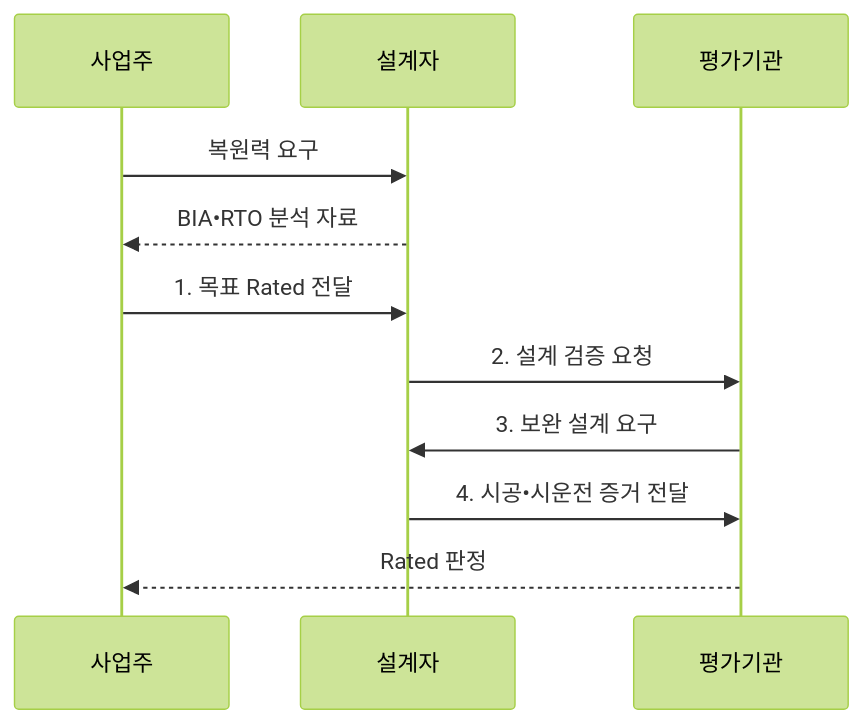
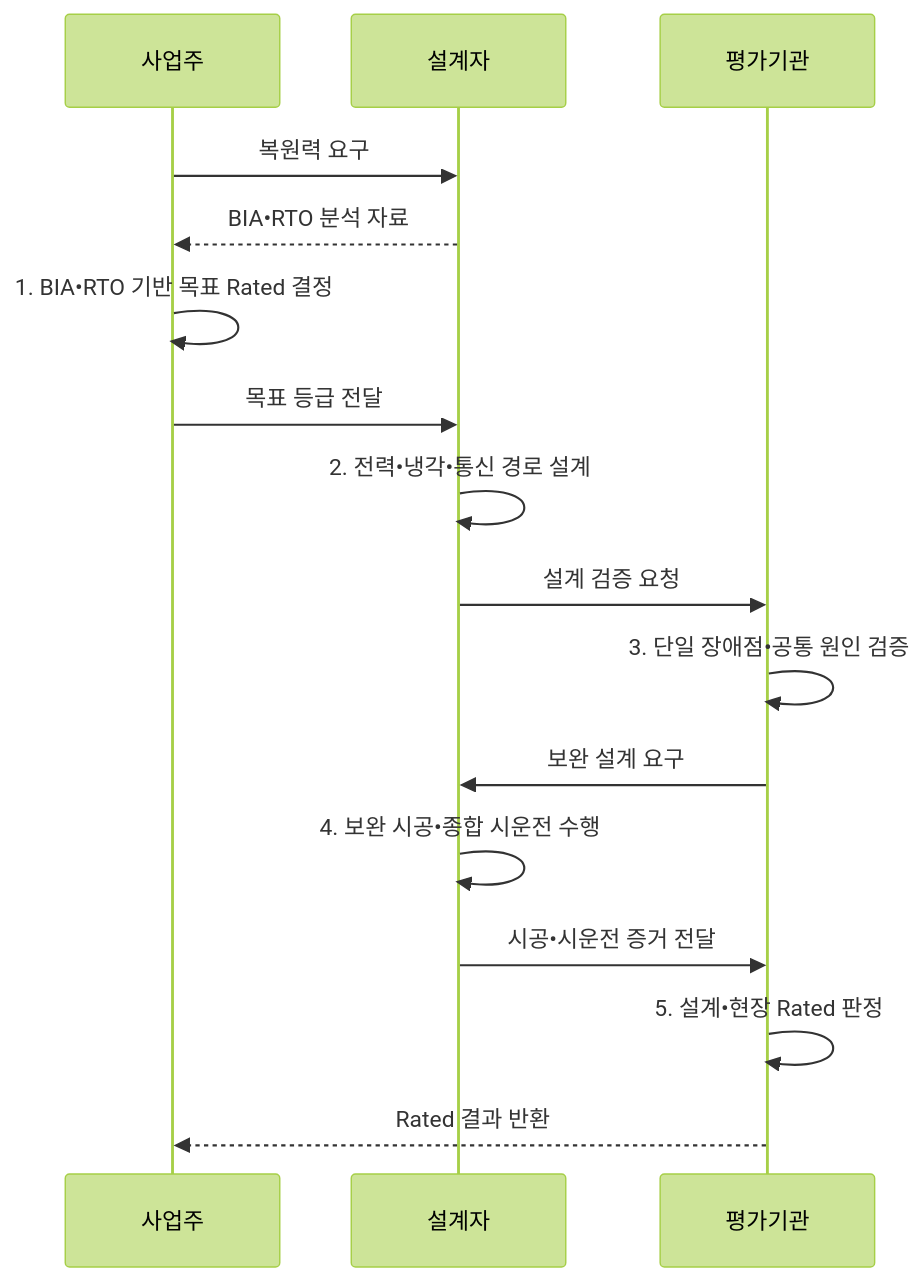
One commit to agnusdei1207/knowledge-base changed the second of 2 diagrams in src/content/docs/notes/06-evaluation/038_tia942_tier_rating.md. Above: the diagram before and after it, drawn with Mermaid (forest theme). The commit also changed other lines of this file and 20 other files, not shown here.

````diff
--- a/src/content/docs/notes/06-evaluation/038_tia942_tier_rating.md
+++ b/src/content/docs/notes/06-evaluation/038_tia942_tier_rating.md
@@ -106,13 +106,18 @@
 ```mermaid
 sequenceDiagram
-    participant C as 사업주
-    participant A as 설계자
-    participant T as 평가기관
-    C->>A: 복원력 요구
-    A-->>C: BIA•RTO 분석 자료
-    C->>A: 1. 목표 Rated 전달
-    A->>T: 2. 설계 검증 요청
-    T->>A: 3. 보완 설계 요구
-    A->>T: 4. 시공•시운전 증거 전달
-    T-->>C: Rated 판정
+  participant C as 사업주
+  participant A as 설계자
+  participant T as 평가기관
+  C->>A: 복원력 요구
+  A-->>C: BIA•RTO 분석 자료
+  C->>C: 1. BIA•RTO 기반 목표 Rated 결정
+  C->>A: 목표 등급 전달
+  A->>A: 2. 전력•냉각•통신 경로 설계
+  A->>T: 설계 검증 요청
+  T->>T: 3. 단일 장애점•공통 원인 검증
+  T->>A: 보완 설계 요구
+  A->>A: 4. 보완 시공•종합 시운전 수행
+  A->>T: 시공•시운전 증거 전달
+  T->>T: 5. 설계•현장 Rated 판정
+  T-->>C: Rated 결과 반환
 ```
````
